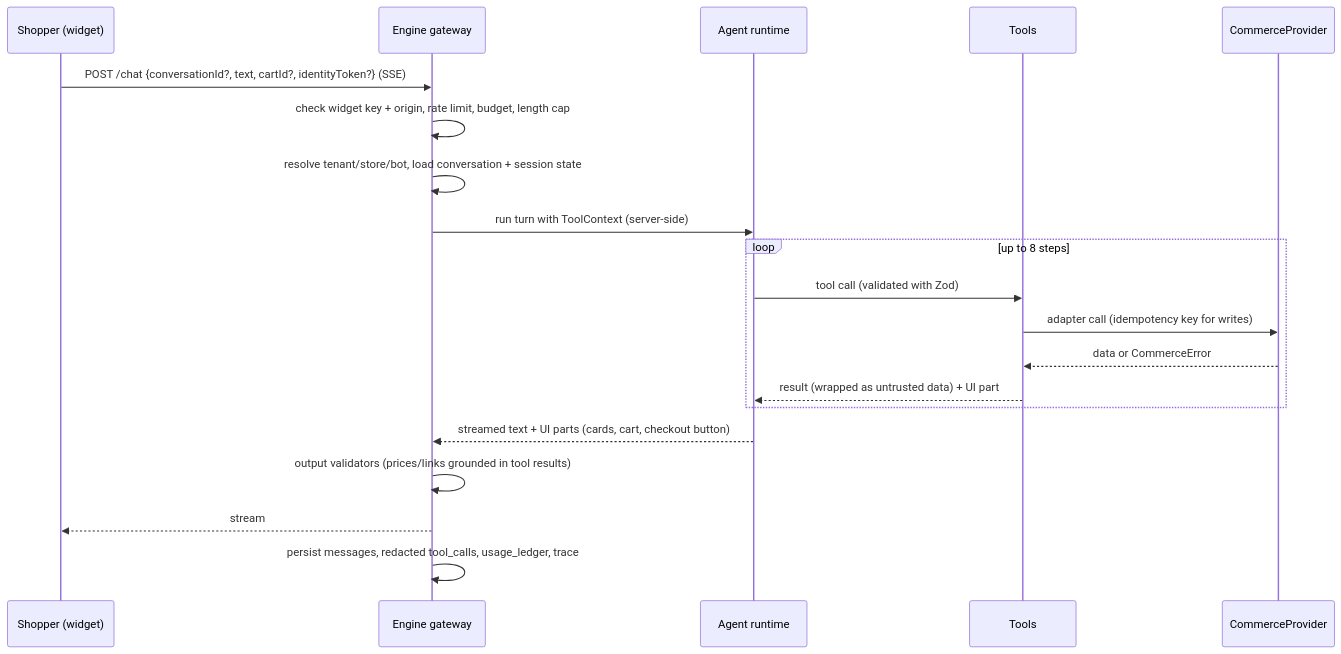
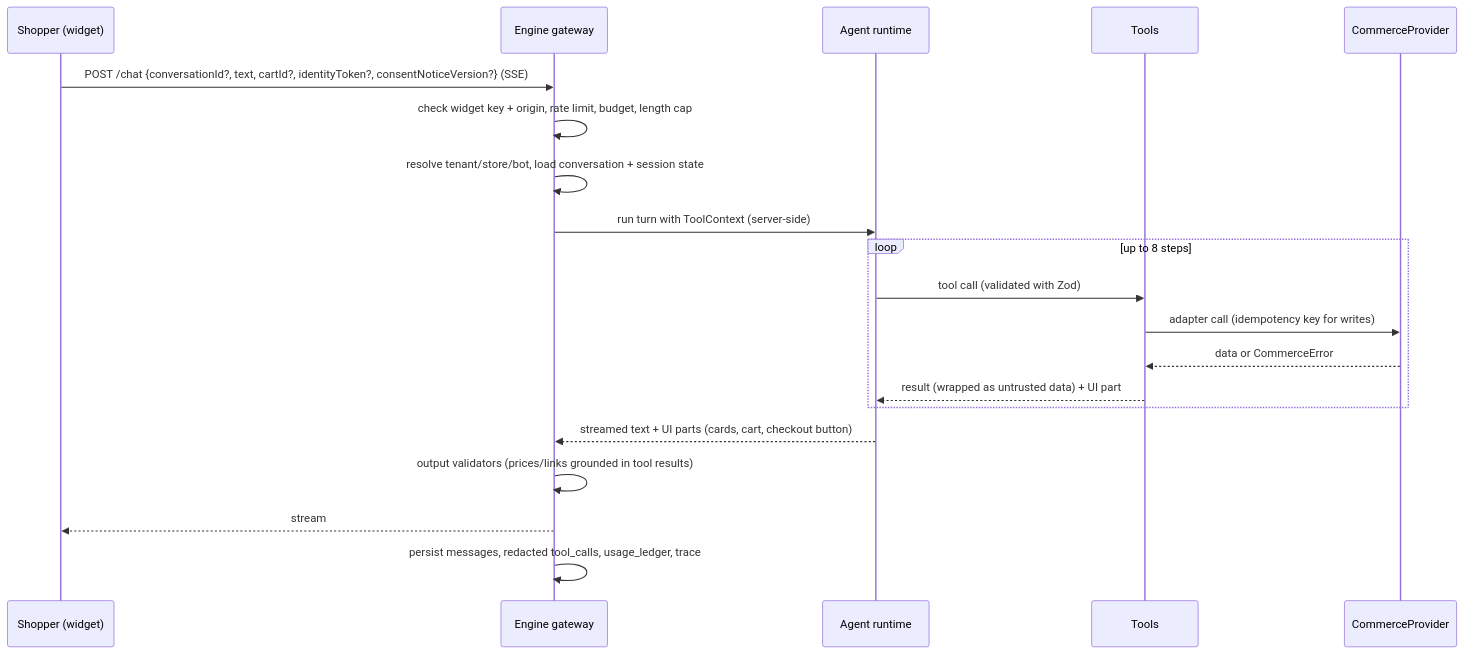
Before and after one commit to nisalfonseka/ecommerce-ai-agent: the second of 3 diagrams in docs/workflow.md, drawn with Mermaid. The commit also changed other lines of this file and 15 other files, not shown here.

````diff
--- a/docs/workflow.md
+++ b/docs/workflow.md
@@ -94,22 +94,22 @@
 ```mermaid
 sequenceDiagram
   participant S as Shopper (widget)
   participant G as Engine gateway
   participant A as Agent runtime
   participant T as Tools
   participant P as CommerceProvider
-  S->>G: POST /chat {conversationId?, text, cartId?, identityToken?} (SSE)
+  S->>G: POST /chat {conversationId?, text, cartId?, identityToken?, consentNoticeVersion?} (SSE)
   G->>G: check widget key + origin, rate limit, budget, length cap
   G->>G: resolve tenant/store/bot, load conversation + session state
   G->>A: run turn with ToolContext (server-side)
   loop up to 8 steps
     A->>T: tool call (validated with Zod)
     T->>P: adapter call (idempotency key for writes)
     P-->>T: data or CommerceError
     T-->>A: result (wrapped as untrusted data) + UI part
   end
   A-->>G: streamed text + UI parts (cards, cart, checkout button)
   G->>G: output validators (prices/links grounded in tool results)
   G-->>S: stream
   G->>G: persist messages, redacted tool_calls, usage_ledger, trace
 ```
````
